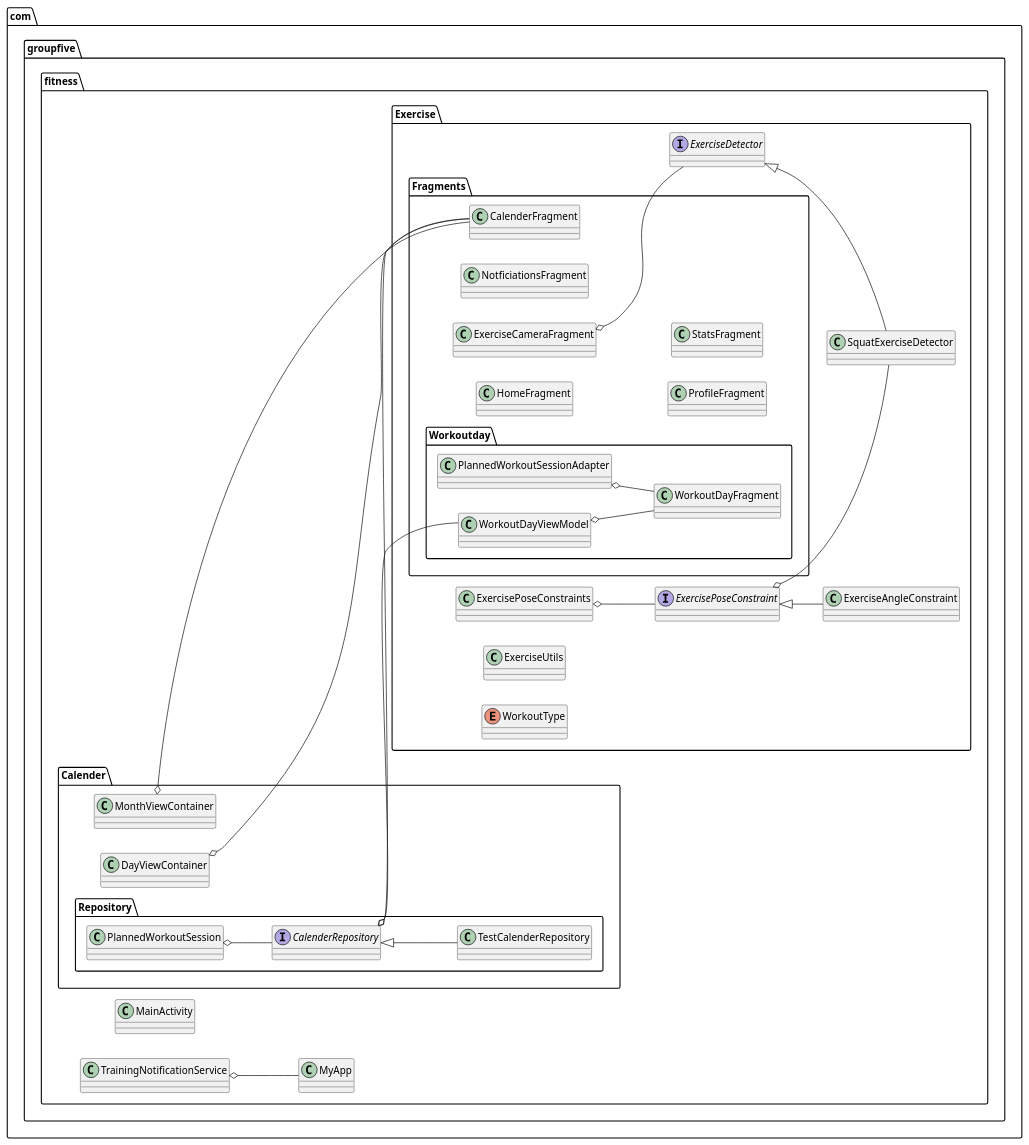
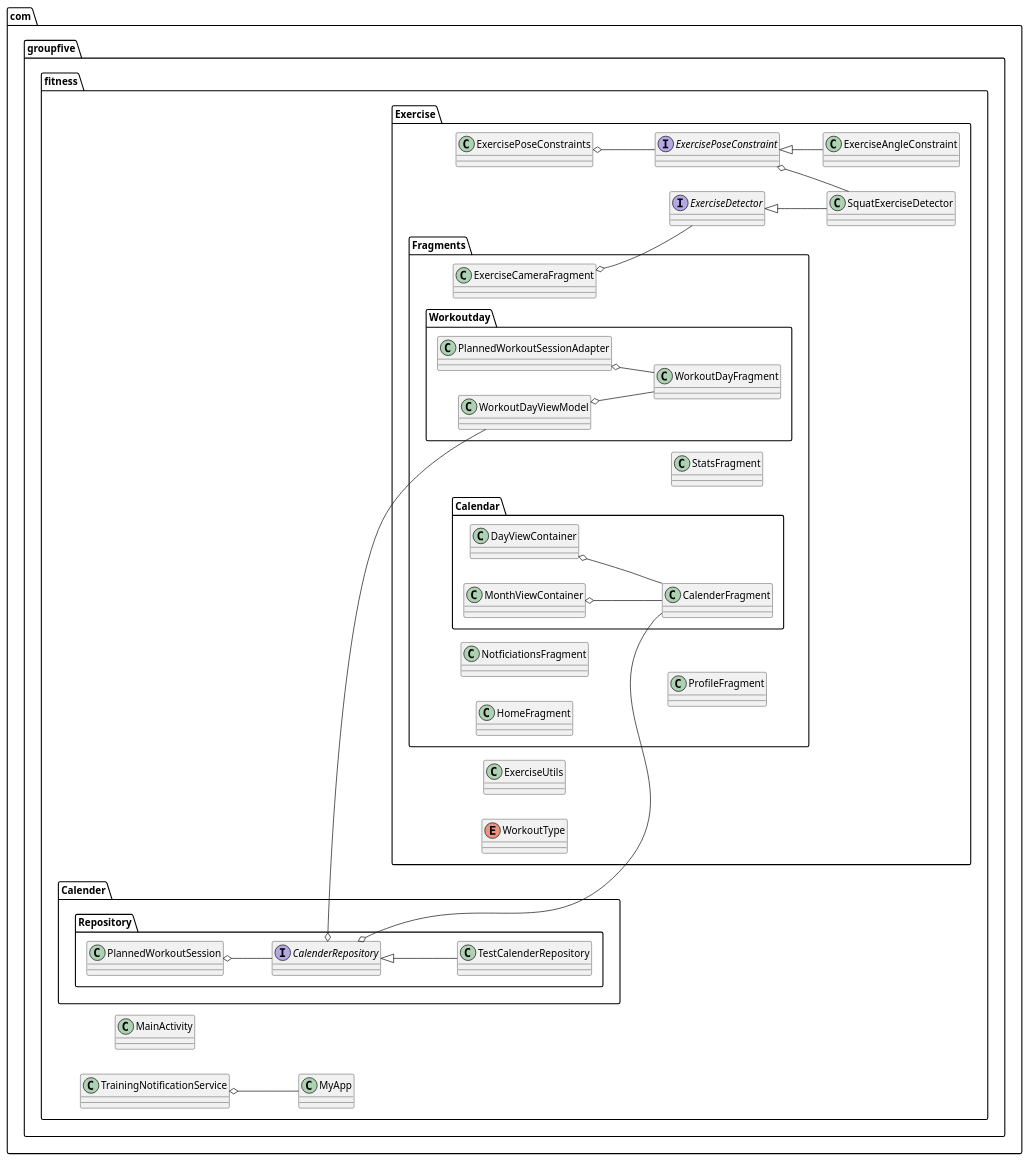
Before and after one commit to julianalsemmani/fitnessapp: the diagram in doc/FitnessApp.puml, drawn with PlantUML. The commit also changed 1 other file, not shown here.

Commit message:
Moved calendar month/day views to fragment package

```diff
--- a/doc/FitnessApp.puml
+++ b/doc/FitnessApp.puml
@@ -1,64 +1,65 @@
 @startuml FitnessApp
 
 left to right direction
 
 package com.groupfive.fitness <<Folder>> {
     Class MainActivity
     Class MyApp
     Class TrainingNotificationService
 
     package Calender <<Folder>>{ 
-        Class DayViewContainer
-        Class MonthViewContainer
-
         package Repository <<Folder>> { 
         Interface CalenderRepository
             Class PlannedWorkoutSession
             Class TestCalenderRepository 
         }  
     }
 
     package Exercise <<Folder>> {
         Class ExerciseAngleConstraint
         Interface ExerciseDetector
         Interface ExercisePoseConstraint
         Class ExercisePoseConstraints
         Class ExerciseUtils
         Class SquatExerciseDetector
         Enum WorkoutType
 
     package Fragments <<Folder>> {
-        Class CalenderFragment
+        package Calendar <<Folder>> {
+        	Class CalenderFragment
+        	Class DayViewContainer
+        	Class MonthViewContainer
+	}
         Class ExerciseCameraFragment
         Class HomeFragment
         Class NotficiationsFragment
         Class ProfileFragment
         Class StatsFragment
 
         package Workoutday <<Folder>> {
             Class PlannedWorkoutSessionAdapter
             Class WorkoutDayFragment
             Class WorkoutDayViewModel
 
         }
     }
 }
 
 ' Exercise system
 ExerciseDetector <|-- SquatExerciseDetector
 ExercisePoseConstraint <|-- ExerciseAngleConstraint
 ExercisePoseConstraints o-- ExercisePoseConstraint
 ExerciseCameraFragment o-- ExerciseDetector
 ExercisePoseConstraint o-- SquatExerciseDetector
 
 ' Calender
 CalenderRepository <|-- TestCalenderRepository
 PlannedWorkoutSession o-- CalenderRepository
 CalenderRepository o-- WorkoutDayViewModel
 CalenderRepository o-- CalenderFragment
 WorkoutDayViewModel o-- WorkoutDayFragment
 PlannedWorkoutSessionAdapter o-- WorkoutDayFragment
 TrainingNotificationService o-- MyApp
 DayViewContainer o-- CalenderFragment
 MonthViewContainer o-- CalenderFragment
 @enduml
```
